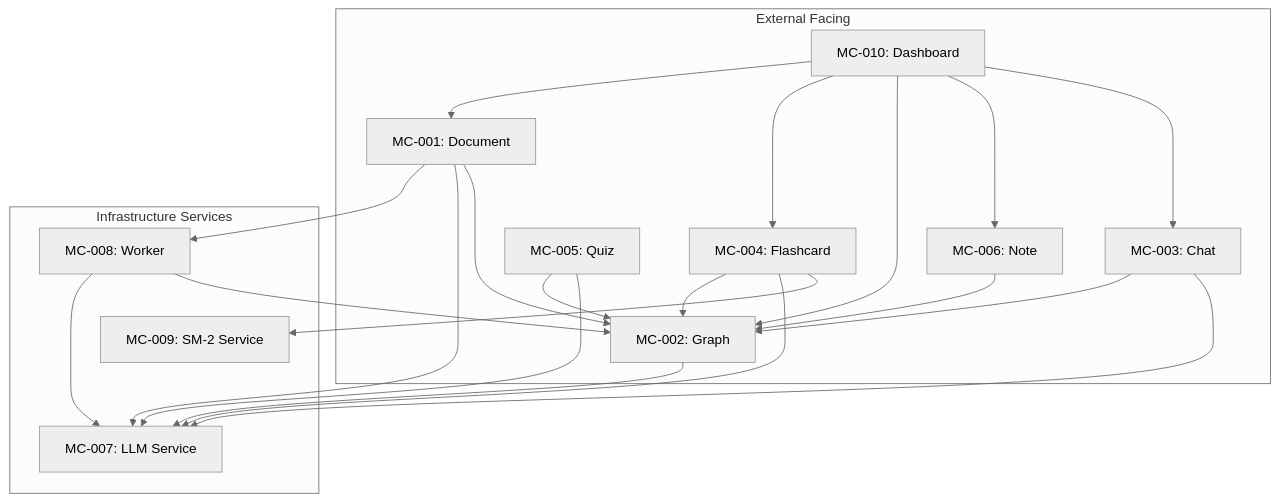
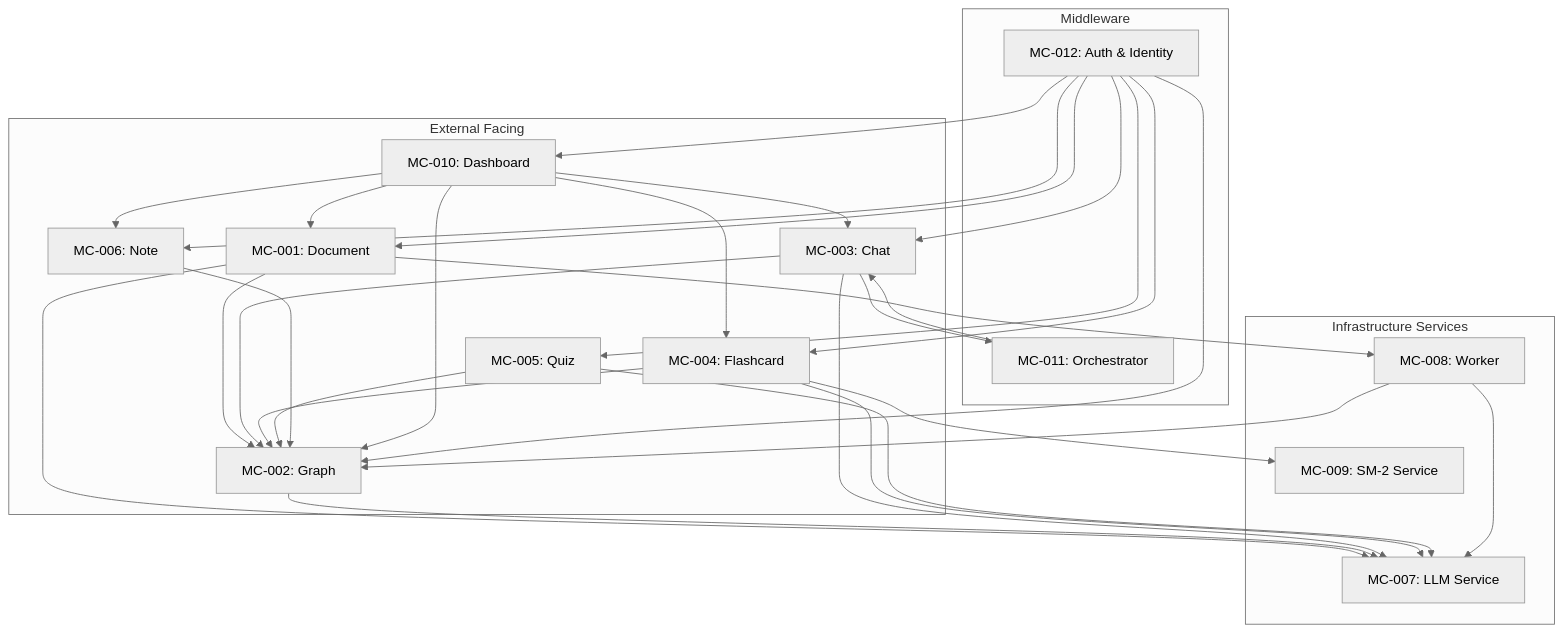
One commit to TCTri205/AetherTutor changed the diagram in docs/srs/Module_Contracts.md. Above: the diagram before and after it, drawn with Mermaid (neutral theme). The commit also changed other lines of this file and 31 other files, not shown here.

Commit message:
feat(stage3): complete Stage 3 — Visualization & Interactive Graph Editing

````diff
--- a/docs/srs/Module_Contracts.md
+++ b/docs/srs/Module_Contracts.md
@@ -1312,45 +1475,61 @@
 ```mermaid
 graph TB
+    subgraph "Middleware"
+        AUTH[MC-012: Auth & Identity]
+        ORCH[MC-011: Orchestrator]
+    end
+
     subgraph "External Facing"
         DOC[MC-001: Document]
         GRAPH[MC-002: Graph]
         CHAT[MC-003: Chat]
         FLASH[MC-004: Flashcard]
         QUIZ[MC-005: Quiz]
         NOTE[MC-006: Note]
         DASH[MC-010: Dashboard]
     end
 
     subgraph "Infrastructure Services"
         LLM[MC-007: LLM Service]
         WORKER[MC-008: Worker]
         SM2[MC-009: SM-2 Service]
     end
 
     DOC --> WORKER
     DOC --> LLM
     DOC --> GRAPH
 
     GRAPH --> LLM
 
     CHAT --> GRAPH
     CHAT --> LLM
 
     FLASH --> GRAPH
     FLASH --> LLM
     FLASH --> SM2
 
     QUIZ --> GRAPH
     QUIZ --> LLM
 
     NOTE --> GRAPH
 
     DASH --> DOC
     DASH --> FLASH
     DASH --> GRAPH
     DASH --> NOTE
     DASH --> CHAT
 
     WORKER --> LLM
     WORKER --> GRAPH
+
+    AUTH --> DOC
+    AUTH --> GRAPH
+    AUTH --> CHAT
+    AUTH --> FLASH
+    AUTH --> QUIZ
+    AUTH --> NOTE
+    AUTH --> DASH
+
+    ORCH --> CHAT
+    CHAT --> ORCH
 ```
````
